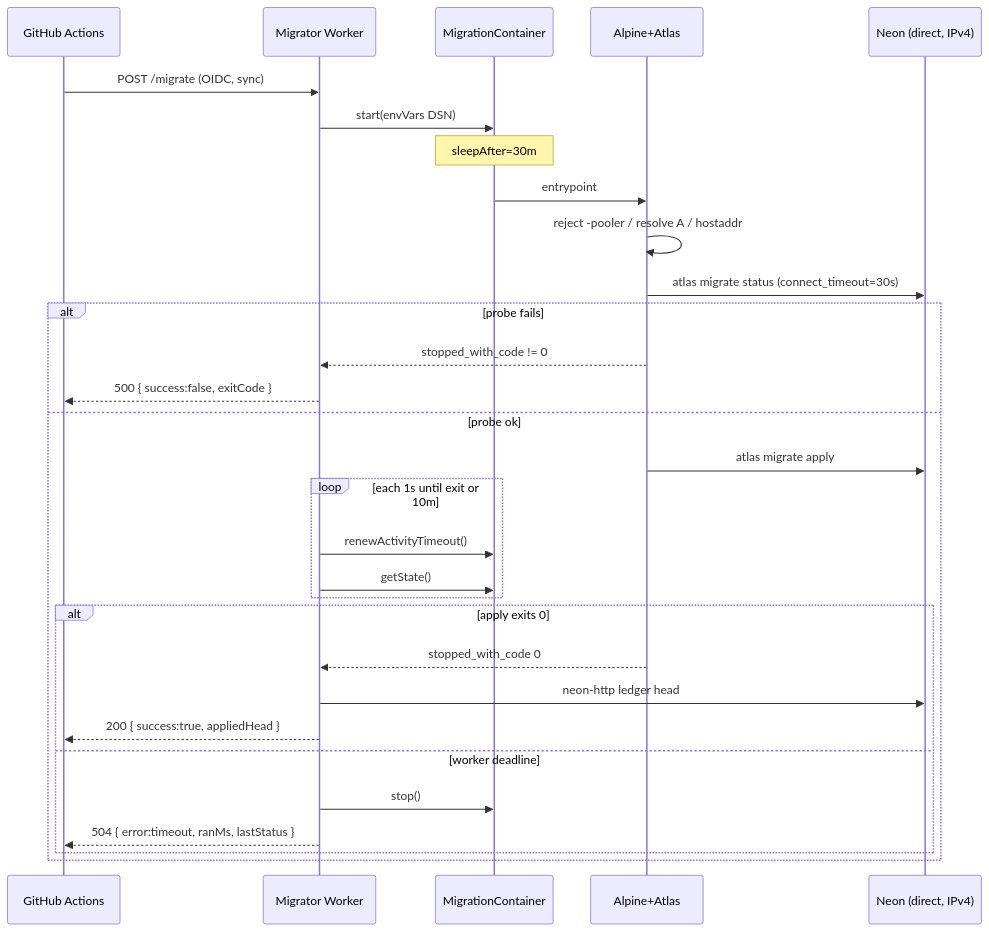
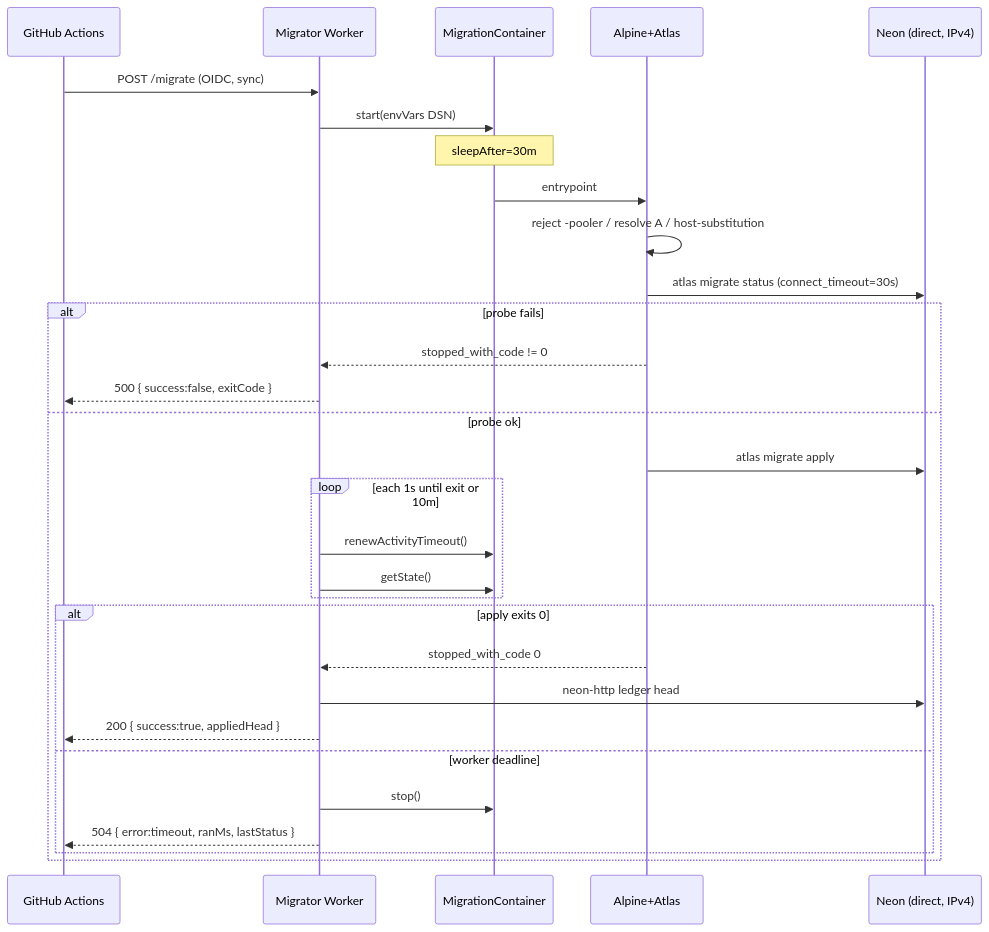
One commit to lifeodyssey/animichi changed the second of 4 diagrams in docs/specs/2026-08-16-migrator-neon-connectivity-spec.md. Above: the diagram before and after it, drawn with Mermaid. The commit also changed other lines of this file and 4 other files, not shown here.

````diff
--- a/docs/specs/2026-08-16-migrator-neon-connectivity-spec.md
+++ b/docs/specs/2026-08-16-migrator-neon-connectivity-spec.md
@@ -570,33 +585,33 @@
 ```mermaid
 sequenceDiagram
   participant CI as GitHub Actions
   participant W as Migrator Worker
   participant DO as MigrationContainer
   participant C as Alpine+Atlas
   participant N as Neon (direct, IPv4)
 
   CI->>W: POST /migrate (OIDC, sync)
   W->>DO: start(envVars DSN)
   Note over DO: sleepAfter=30m
   DO->>C: entrypoint
-  C->>C: reject -pooler / resolve A / hostaddr
+  C->>C: reject -pooler / resolve A / host-substitution
   C->>N: atlas migrate status (connect_timeout=30s)
   alt probe fails
     C-->>W: stopped_with_code != 0
     W-->>CI: 500 { success:false, exitCode }
   else probe ok
     C->>N: atlas migrate apply
     loop each 1s until exit or 10m
       W->>DO: renewActivityTimeout()
       W->>DO: getState()
     end
     alt apply exits 0
       C-->>W: stopped_with_code 0
       W->>N: neon-http ledger head
       W-->>CI: 200 { success:true, appliedHead }
     else worker deadline
       W->>DO: stop()
       W-->>CI: 504 { error:timeout, ranMs, lastStatus }
     end
   end
 ```
````
